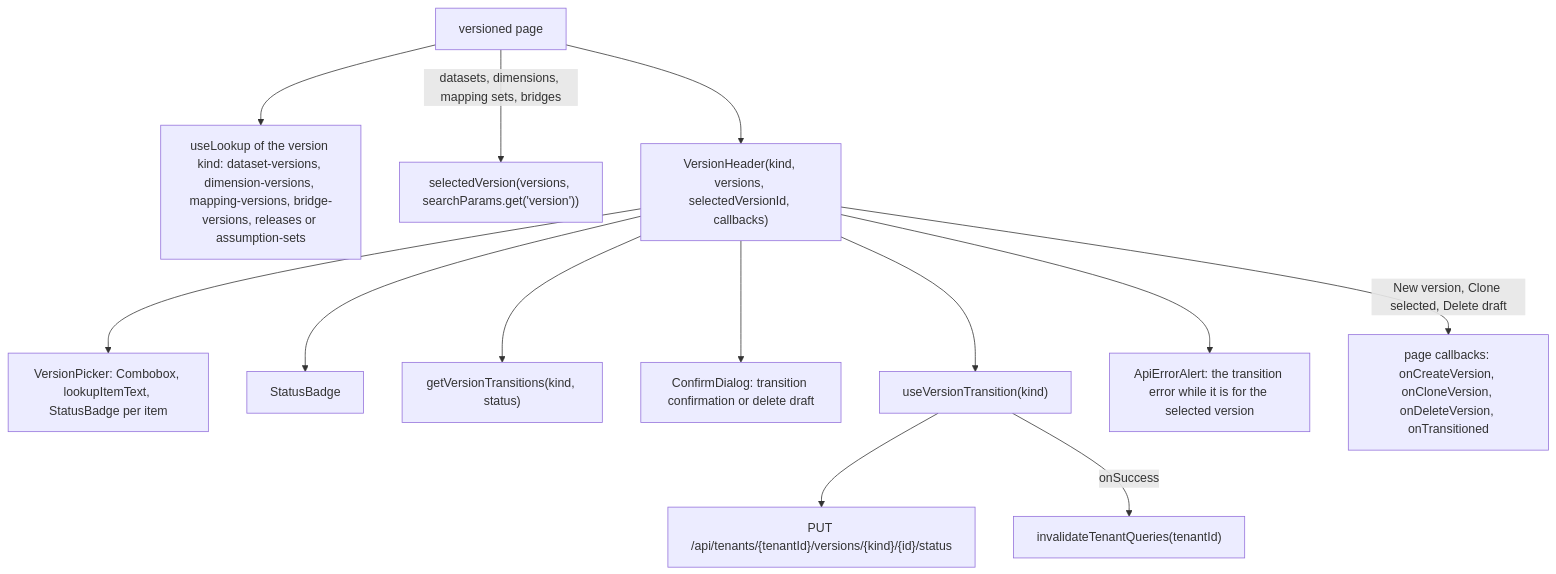
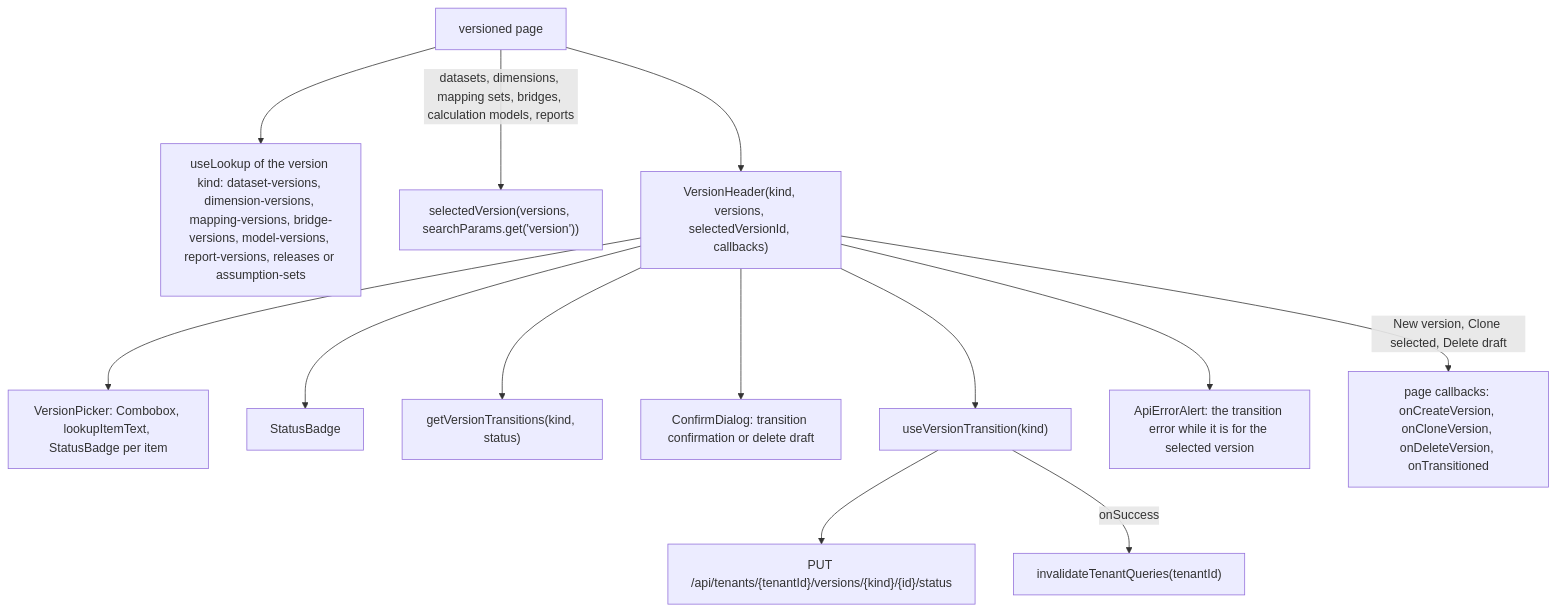
The sixth of 9 diagrams in web/docs/architecture/03-how-it-works.md (chrisaliotta/Quantalytix.QueryEngine.Admin), drawn with Mermaid before and after one commit. The commit also changed other lines of this file and 32 other files, not shown here.

First line of the commit message:
feat: integrate calculation models and reports into the architecture and navigation

````diff
--- a/web/docs/architecture/03-how-it-works.md
+++ b/web/docs/architecture/03-how-it-works.md
@@ -263,28 +272,28 @@
 ```mermaid
 flowchart TB
     Page["versioned page"]
-    Lookup["useLookup of the version kind: dataset-versions, dimension-versions, mapping-versions, bridge-versions, releases or assumption-sets"]
+    Lookup["useLookup of the version kind: dataset-versions, dimension-versions, mapping-versions, bridge-versions, model-versions, report-versions, releases or assumption-sets"]
     Select["selectedVersion(versions, searchParams.get('version'))"]
     Header["VersionHeader(kind, versions, selectedVersionId, callbacks)"]
     Picker["VersionPicker: Combobox, lookupItemText, StatusBadge per item"]
     Badge["StatusBadge"]
     Transitions["getVersionTransitions(kind, status)"]
     Confirm["ConfirmDialog: transition confirmation or delete draft"]
     Mutation["useVersionTransition(kind)"]
     Put["PUT /api/tenants/{tenantId}/versions/{kind}/{id}/status"]
     Invalidate["invalidateTenantQueries(tenantId)"]
     Alert["ApiErrorAlert: the transition error while it is for the selected version"]
     Callbacks["page callbacks: onCreateVersion, onCloneVersion, onDeleteVersion, onTransitioned"]
     Page --> Lookup
-    Page -->|"datasets, dimensions, mapping sets, bridges"| Select
+    Page -->|"datasets, dimensions, mapping sets, bridges, calculation models, reports"| Select
     Page --> Header
     Header --> Picker
     Header --> Badge
     Header --> Transitions
     Header --> Confirm
     Header --> Mutation
     Header --> Alert
     Header -->|"New version, Clone selected, Delete draft"| Callbacks
     Mutation --> Put
     Mutation -->|"onSuccess"| Invalidate
 ```
````
